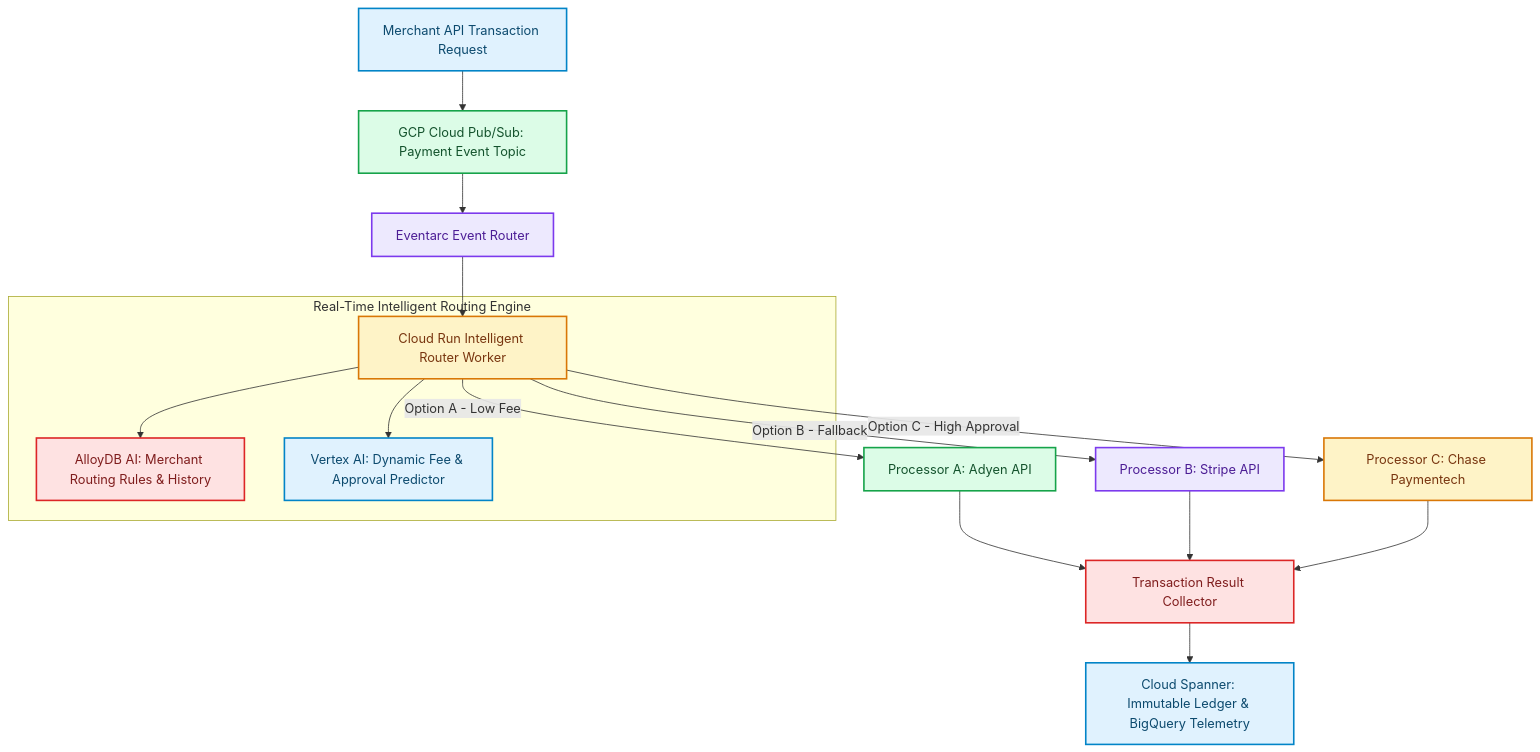
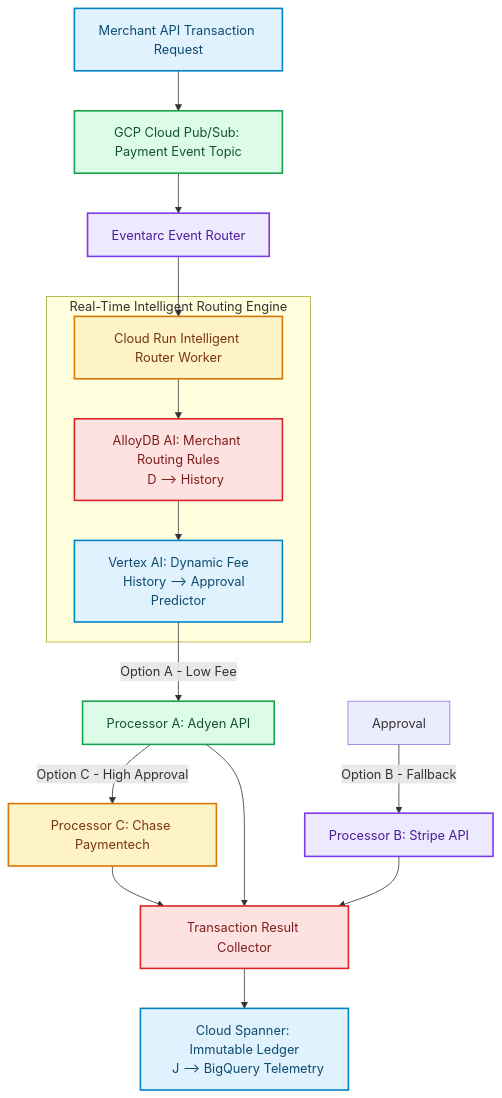
Before and after one commit to akmalkhaniub/akmalkhaniub.github.io: the diagram in blog/posts/case-study-fintech-payment-routing-agentic-engine.md, drawn with Mermaid. The commit also changed 894 other files, not shown here.

Commit message:
feat(blog): upgrade all 444 posts with unique staggered dates, 2-col Mermaid spines, benchmark tables, code blocks, and trade-offs

````diff
--- a/blog/posts/case-study-fintech-payment-routing-agentic-engine.md
+++ b/blog/posts/case-study-fintech-payment-routing-agentic-engine.md
@@ -41,31 +41,34 @@
 ```mermaid
 flowchart TD
   A["Merchant API Transaction Request"] --> B["GCP Cloud Pub/Sub: Payment Event Topic"]
   B --> C["Eventarc Event Router"]
   C --> D["Cloud Run Intelligent Router Worker"]
   
   subgraph SG1_RealTimeIntelligent ["Real-Time Intelligent Routing Engine"]
-    D --> E["AlloyDB AI: Merchant Routing Rules & History"]
-    D --> F["Vertex AI: Dynamic Fee & Approval Predictor"]
+    D --> E["AlloyDB AI: Merchant Routing Rules
+    D --> History"]
+    E --> F["Vertex AI: Dynamic Fee
+    History --> Approval Predictor"]
   end
   
-  D -->|Option A - Low Fee| G["Processor A: Adyen API"]
-  D -->|Option B - Fallback| H["Processor B: Stripe API"]
-  D -->|Option C - High Approval| I["Processor C: Chase Paymentech"]
+  F --> |Option A - Low Fee| G["Processor A: Adyen API"]
+  Approval --> |Option B - Fallback| H["Processor B: Stripe API"]
+  G --> |Option C - High Approval| I["Processor C: Chase Paymentech"]
   
   G --> J["Transaction Result Collector"]
   H --> J
   I --> J
-  J --> K["Cloud Spanner: Immutable Ledger & BigQuery Telemetry"]
+  J --> K["Cloud Spanner: Immutable Ledger
+  J --> BigQuery Telemetry"]
 
 classDef green fill:#dcfce7,stroke:#16a34a,stroke-width:2px,color:#14532d;
 classDef red fill:#fee2e2,stroke:#dc2626,stroke-width:2px,color:#7f1d1d;
 classDef blue fill:#e0f2fe,stroke:#0284c7,stroke-width:2px,color:#0c4a6e;
 classDef yellow fill:#fef3c7,stroke:#d97706,stroke-width:2px,color:#78350f;
 classDef purple fill:#ede9fe,stroke:#7c3aed,stroke-width:2px,color:#4c1d95;
 class A,F,K blue
 class B,G green
 class C,H purple
 class D,I yellow
 class E,J red
 ```
````
